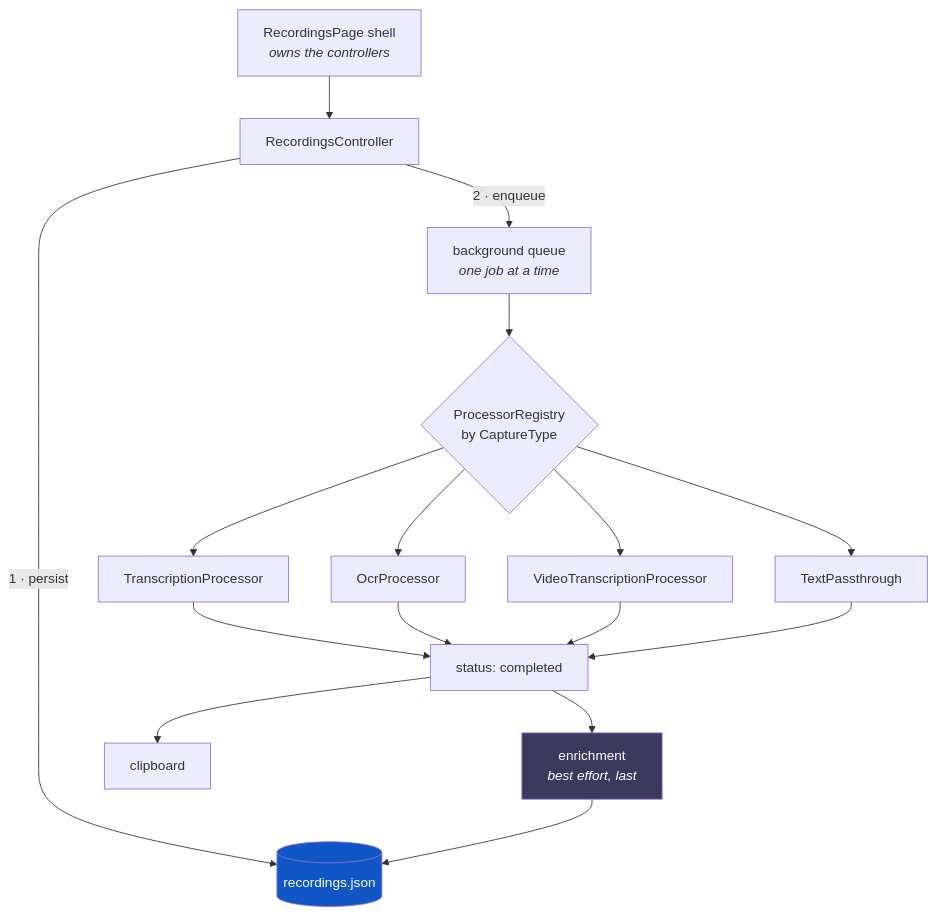
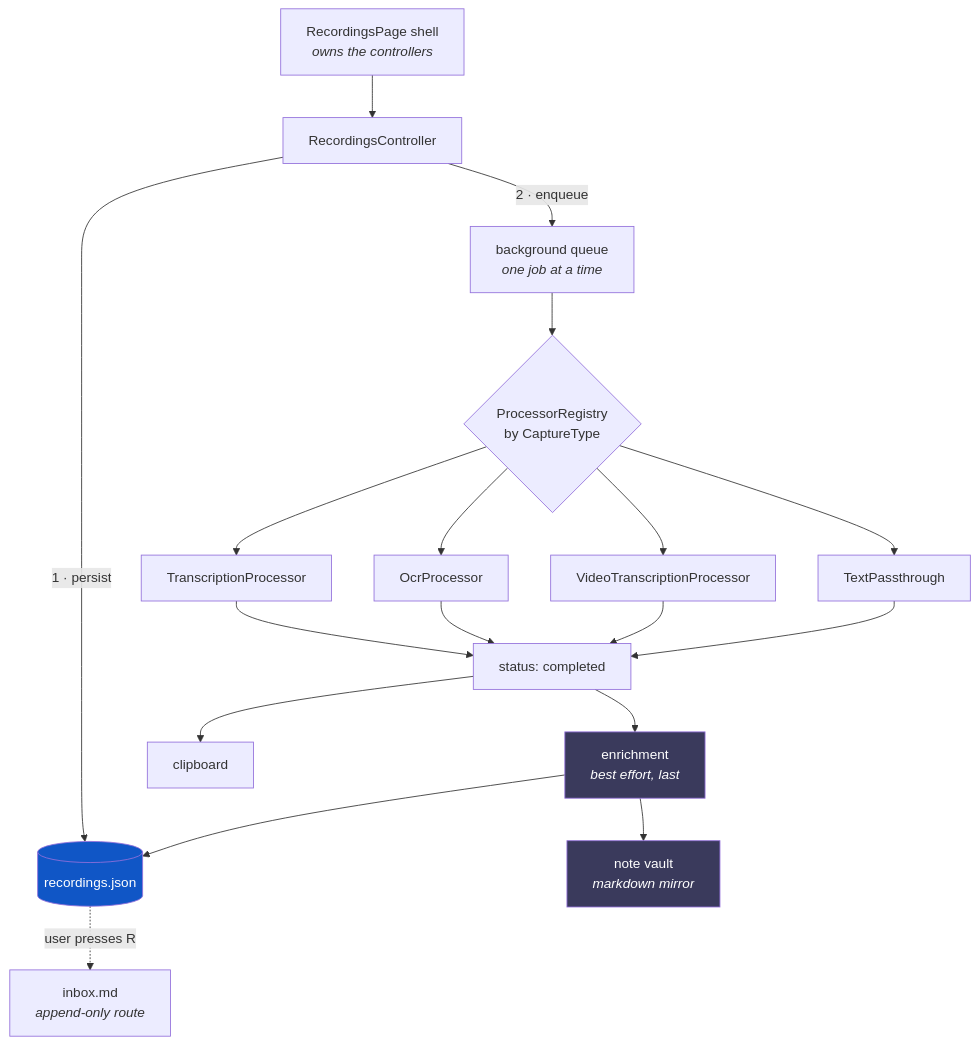
Before and after one commit to laugustyniak/augustyniak-capture: the second of 2 diagrams in README.md, drawn with Mermaid. The commit also changed other lines of this file and 15 other files, not shown here.

First line of the commit message:
Mirror every capture into a markdown note vault

````diff
--- a/README.md
+++ b/README.md
@@ -720,18 +861,21 @@
 ```mermaid
 flowchart TD
     UI["RecordingsPage shell<br/><i>owns the controllers</i>"] --> RC["RecordingsController"]
     RC -->|"1 · persist"| REPO[("recordings.json")]
     RC -->|"2 · enqueue"| Q["background queue<br/><i>one job at a time</i>"]
     Q --> REG{"ProcessorRegistry<br/>by CaptureType"}
     REG --> T["TranscriptionProcessor"]
     REG --> O["OcrProcessor"]
     REG --> V["VideoTranscriptionProcessor"]
     REG --> P["TextPassthrough"]
     T & O & V & P --> DONE["status: completed"]
     DONE --> CB["clipboard"]
     DONE --> EN["enrichment<br/><i>best effort, last</i>"]
     EN --> REPO
+    EN --> NV["note vault<br/><i>markdown mirror</i>"]
+    REPO -.->|"user presses R"| RT["inbox.md<br/><i>append-only route</i>"]
 
     style REPO fill:#1056C6,color:#fff
     style EN fill:#3a3a5c,color:#fff
+    style NV fill:#3a3a5c,color:#fff
 ```
````
